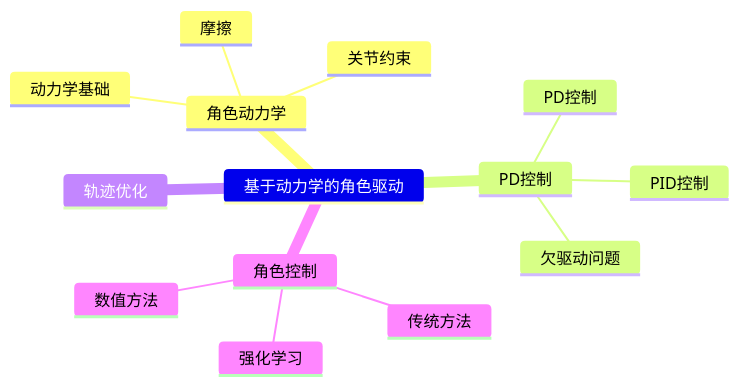
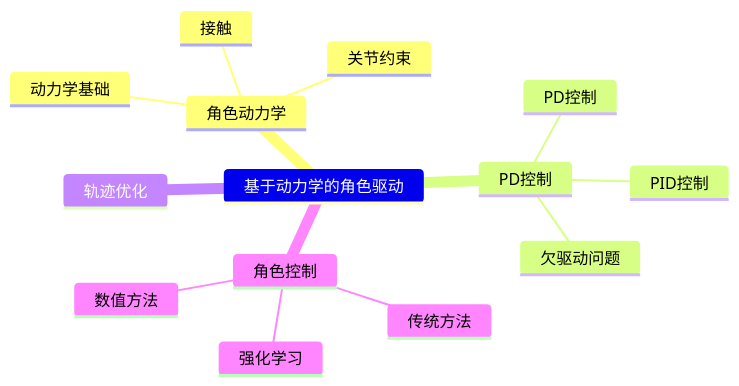
One commit to CaterpillarStudyGroup/GAMES105_mdbook changed the diagram in src/Simulation.md. Above: the diagram before and after it, drawn with Mermaid. The commit also changed other lines of this file and 7 other files, not shown here.

````diff
--- a/src/Simulation.md
+++ b/src/Simulation.md
@@ -12,17 +12,17 @@
 ```mermaid
 mindmap
 基于动力学的角色驱动
    角色动力学
       动力学基础
       关节约束
-      摩擦
+      接触
    PD控制
       PD控制
       PID控制
       欠驱动问题
    轨迹优化
    角色控制
       传统方法
       数值方法
       强化学习
 ```
````
